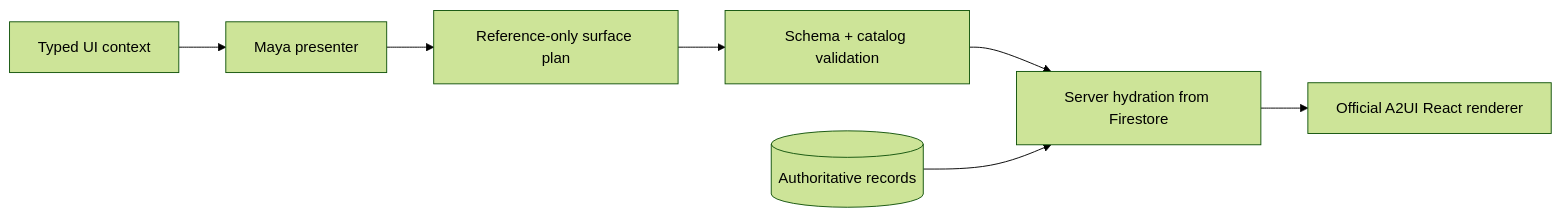
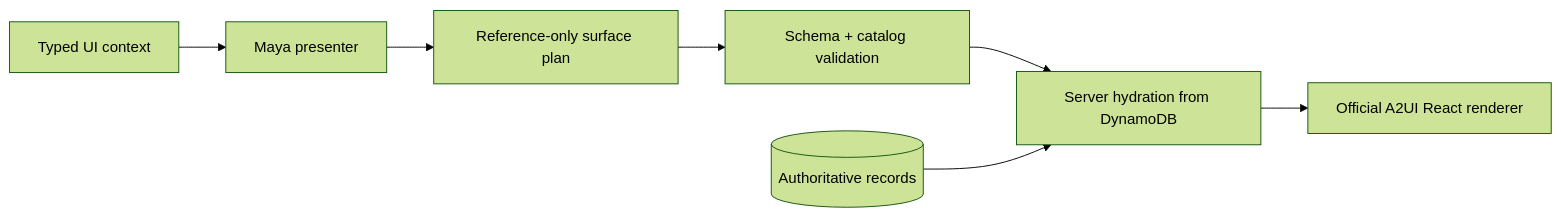
Before and after one commit to danielAsaboro/harmonia-agents-for-humans: the diagram in docs/a2ui-console.mdx, drawn with Mermaid (forest theme). The commit also changed other lines of this file and 616 other files, not shown here.

````diff
--- a/docs/a2ui-console.mdx
+++ b/docs/a2ui-console.mdx
@@ -16,9 +16,9 @@
 ```mermaid
 flowchart LR
   CTX[Typed UI context] --> MAYA[Maya presenter]
   MAYA --> PLAN[Reference-only surface plan]
   PLAN --> VALIDATE[Schema + catalog validation]
-  VALIDATE --> HYDRATE[Server hydration from Firestore]
+  VALIDATE --> HYDRATE[Server hydration from DynamoDB]
   HYDRATE --> RENDER[Official A2UI React renderer]
   FIRE[(Authoritative records)] --> HYDRATE
 ```
````
